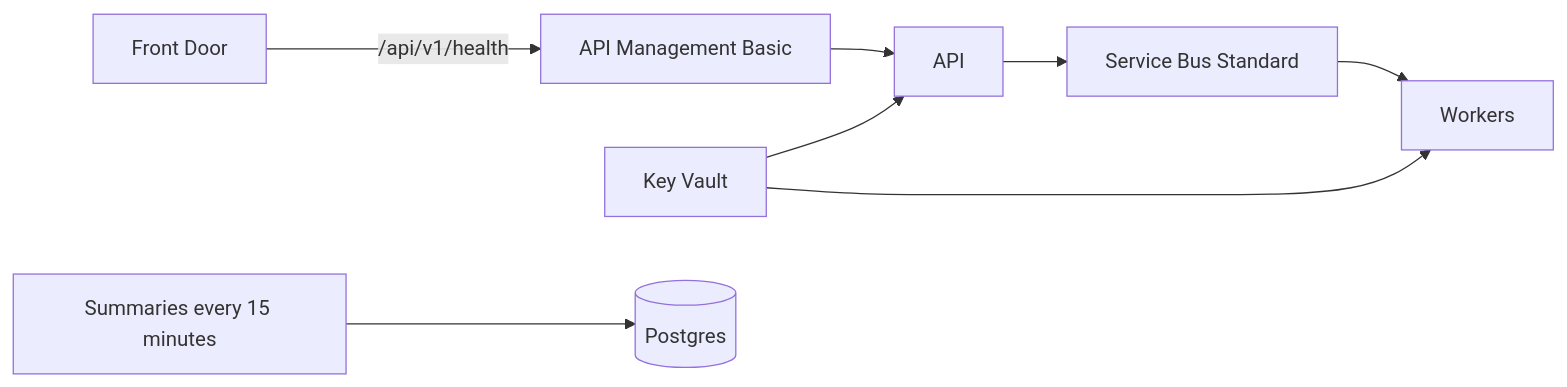
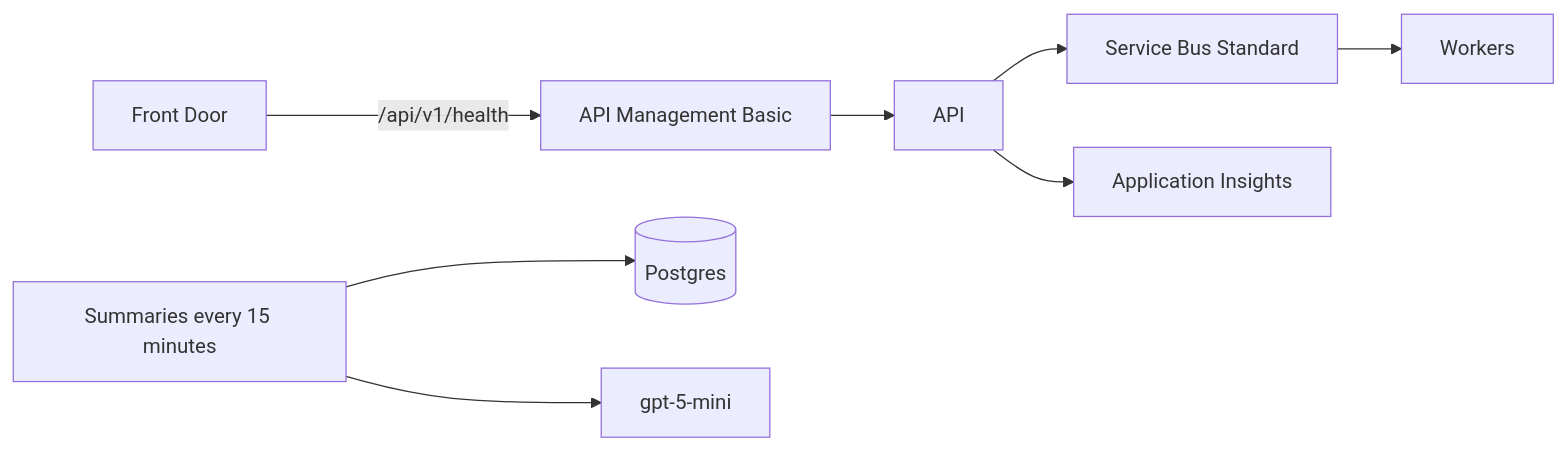
One commit to highprincezero/wn-voice-analytics changed the diagram in infra/terraform/README.md. Above: the diagram before and after it, drawn with Mermaid. The commit also changed other lines of this file and 12 other files, not shown here.

````diff
--- a/infra/terraform/README.md
+++ b/infra/terraform/README.md
@@ -38,10 +41,10 @@
 ```mermaid
 flowchart LR
   fd[Front Door] -->|"/api/v1/health"| apim[API Management Basic]
   apim --> api[API]
-  vault[Key Vault] --> api
-  vault --> workers[Workers]
   api --> bus[Service Bus Standard]
-  bus --> workers
+  bus --> workers[Workers]
   job[Summaries every 15 minutes] --> db[(Postgres)]
+  job --> llm[gpt-5-mini]
+  api --> appi[Application Insights]
 ```
````
